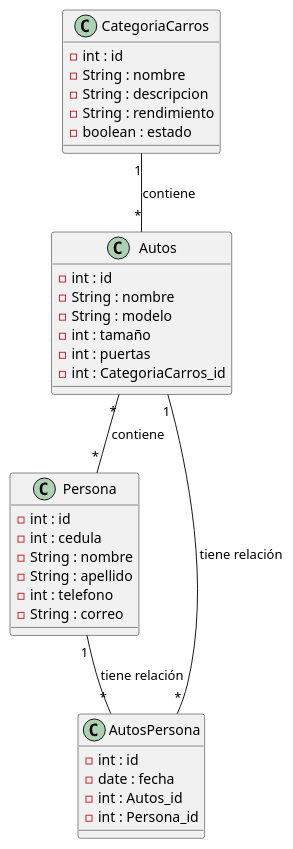
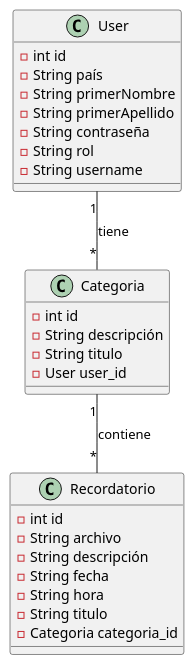
One commit to pilo77/corte2_1077721349 changed the diagram in IMG/MR.wsd. Above: the diagram before and after it, drawn with PlantUML. The commit also changed 2 other files, not shown here.

```diff
--- a/IMG/MR.wsd
+++ b/IMG/MR.wsd
@@ -1,41 +1,33 @@
 @startuml
 
-class CategoriaCarros {
-    - int : id
-    - String : nombre
-    - String : descripcion
-    - String : rendimiento
-    - boolean : estado 
+class User {
+    - int id
+    - String país
+    - String primerNombre
+    - String primerApellido
+    - String contraseña
+    - String rol
+    - String username
 }
 
-class Autos {
-    - int : id
-    - String : nombre
-    - String : modelo
-    - int : tamaño
-    - int : puertas
-    - int : CategoriaCarros_id
+class Categoria {
+    - int id
+    - String descripción
+    - String titulo
+    - User user_id
 }
 
-class Persona {
-    - int : id
-    - int : cedula
-    - String : nombre
-    - String : apellido
-    - int : telefono
-    - String : correo 
+class Recordatorio {
+    - int id
+    - String archivo
+    - String descripción
+    - String fecha
+    - String hora
+    - String titulo
+    - Categoria categoria_id
 }
 
-class AutosPersona {
-    - int : id
-    - date : fecha
-    - int : Autos_id
-    - int : Persona_id
-}
-
-CategoriaCarros "1" -- "*" Autos : contiene
-Autos "*" -- "*" Persona : contiene
-Autos "1" -- "*" AutosPersona : tiene relación
-Persona "1" -- "*" AutosPersona : tiene relación
+User "1" -- "*" Categoria : tiene
+Categoria "1" -- "*" Recordatorio : contiene
 
 @enduml
```
